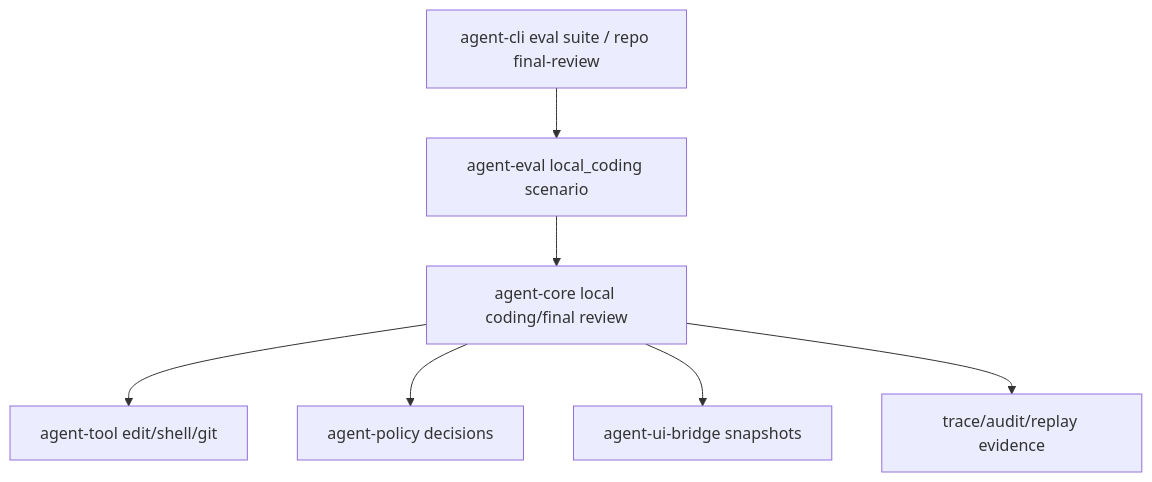
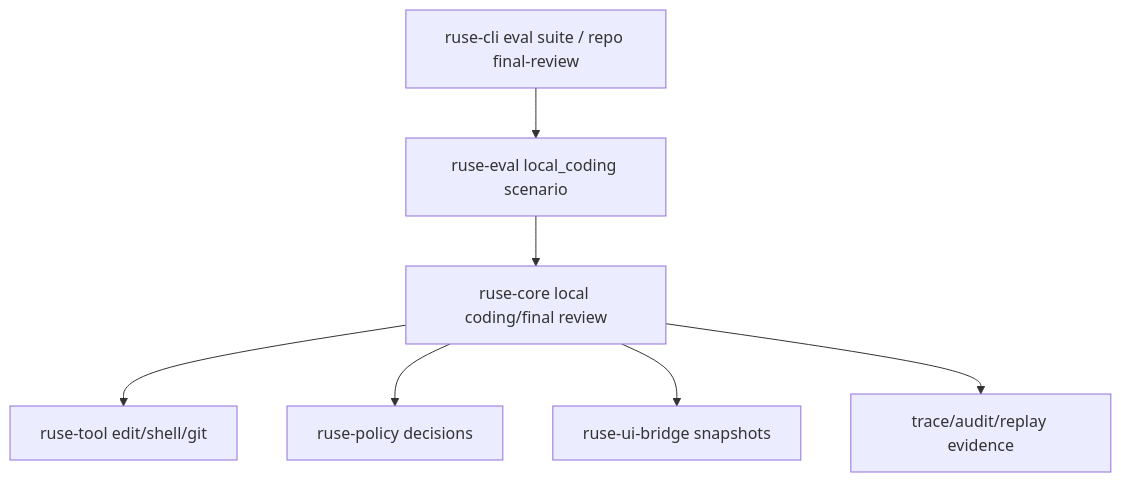
The diagram in docs/specs/M56-05-golden-path-e2e.spec.md (poneding/agent), drawn with Mermaid before and after one commit. The commit also changed other lines of this file and 2091 other files, not shown here.

First line of the commit message:
refactor: rename agent branding to ruse

````diff
--- a/docs/specs/M56-05-golden-path-e2e.spec.md
+++ b/docs/specs/M56-05-golden-path-e2e.spec.md
@@ -34,9 +34,9 @@
 ```mermaid
 flowchart TD
-  Eval["agent-eval local_coding scenario"] --> Core["agent-core local coding/final review"]
-  CLI["agent-cli eval suite / repo final-review"] --> Eval
-  Core --> Tools["agent-tool edit/shell/git"]
-  Core --> Policy["agent-policy decisions"]
-  Core --> Bridge["agent-ui-bridge snapshots"]
+  Eval["ruse-eval local_coding scenario"] --> Core["ruse-core local coding/final review"]
+  CLI["ruse-cli eval suite / repo final-review"] --> Eval
+  Core --> Tools["ruse-tool edit/shell/git"]
+  Core --> Policy["ruse-policy decisions"]
+  Core --> Bridge["ruse-ui-bridge snapshots"]
   Core --> Evidence["trace/audit/replay evidence"]
 ```
````
